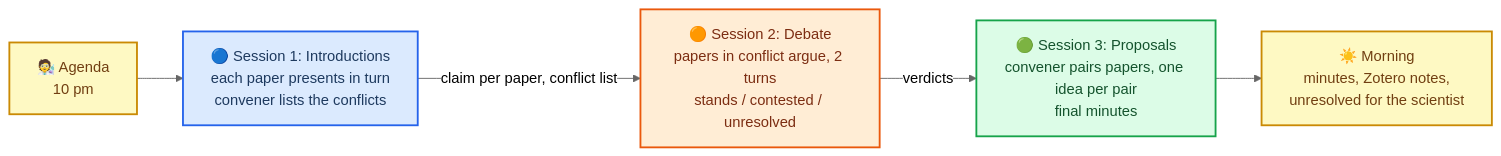
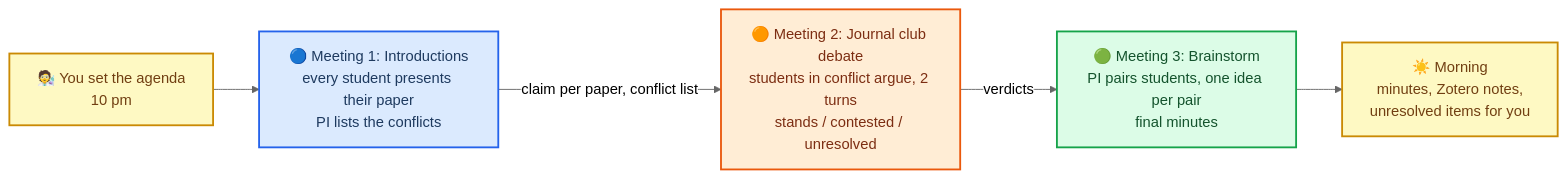
One commit to jackysiupuichung/temp changed the second of 2 diagrams in research/review/organisation_diagram.md. Above: the diagram before and after it, drawn with Mermaid (neutral theme). The commit also changed other lines of this file and 2 other files, not shown here.

Commit message:
Use familiar lab roles: PI, senior postdoc, lab manager, PhD students

````diff
--- a/research/review/organisation_diagram.md
+++ b/research/review/organisation_diagram.md
@@ -61,26 +62,26 @@
 ```mermaid
 flowchart LR
-    accTitle: Three sessions overnight
-    accDescr: Session one is introductions, where every paper presents in turn. Session two is the debate on the conflicts the convener listed. Session three is proposals, where the convener pairs papers and the final minutes are written.
+    accTitle: Three lab meetings overnight
+    accDescr: Meeting one is introductions, where every student presents their paper. Meeting two is the journal club debate on the conflicts the PI listed. Meeting three is the brainstorm, where the PI pairs students and the final minutes are written.
 
-    agenda["🧑‍🔬 Agenda<br/>10 pm"]
-    s1["🔵 Session 1: Introductions<br/>each paper presents in turn<br/>convener lists the conflicts"]
-    s2["🟠 Session 2: Debate<br/>papers in conflict argue, 2 turns<br/>stands / contested / unresolved"]
-    s3["🟢 Session 3: Proposals<br/>convener pairs papers, one idea per pair<br/>final minutes"]
-    morning["☀️ Morning<br/>minutes, Zotero notes,<br/>unresolved for the scientist"]
+    agenda["🧑‍🔬 You set the agenda<br/>10 pm"]
+    m1["🔵 Meeting 1: Introductions<br/>every student presents their paper<br/>PI lists the conflicts"]
+    m2["🟠 Meeting 2: Journal club debate<br/>students in conflict argue, 2 turns<br/>stands / contested / unresolved"]
+    m3["🟢 Meeting 3: Brainstorm<br/>PI pairs students, one idea per pair<br/>final minutes"]
+    morning["☀️ Morning<br/>minutes, Zotero notes,<br/>unresolved items for you"]
 
-    agenda --> s1
-    s1 -- "claim per paper, conflict list" --> s2
-    s2 -- "verdicts" --> s3
-    s3 --> morning
+    agenda --> m1
+    m1 -- "claim per paper, conflict list" --> m2
+    m2 -- "verdicts" --> m3
+    m3 --> morning
 
     classDef one fill:#dbeafe,stroke:#2563eb,stroke-width:2px,color:#1e3a5f
     classDef two fill:#ffedd5,stroke:#ea580c,stroke-width:2px,color:#7c2d12
     classDef three fill:#dcfce7,stroke:#16a34a,stroke-width:2px,color:#14532d
     classDef person fill:#fef9c3,stroke:#ca8a04,stroke-width:2px,color:#713f12
 
-    class s1 one
-    class s2 two
-    class s3 three
+    class m1 one
+    class m2 two
+    class m3 three
     class agenda,morning person
 ```
````
